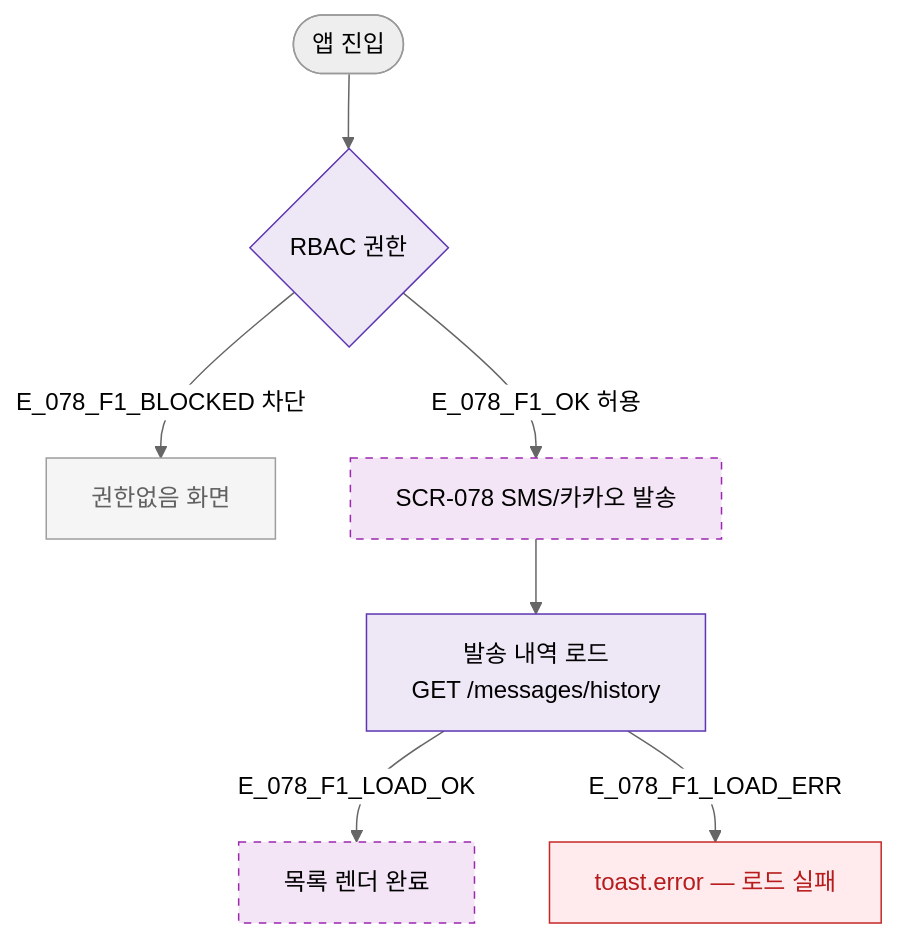
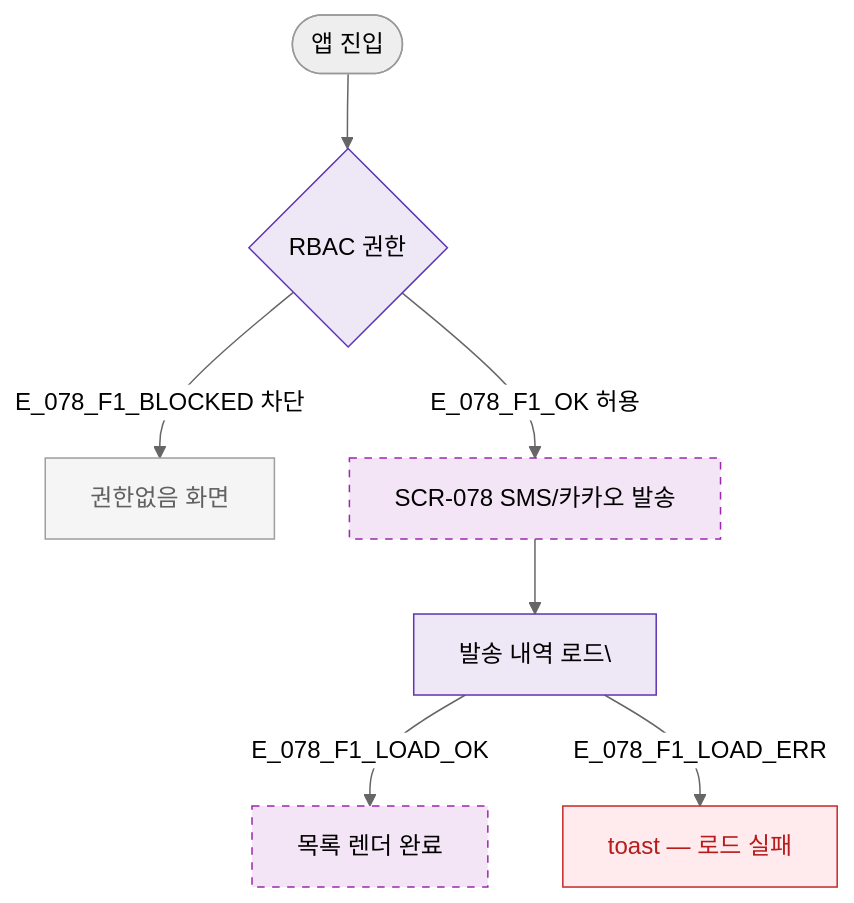
Before and after one commit to dev-spogym/admin-pando: the diagram in docs/다이어그램/D08_마케팅/SCR-078_SMS카카오발송/F1_진입플로우.md, drawn with Mermaid (neutral theme). The commit also changed other lines of this file and 1660 other files, not shown here.

First line of the commit message:
다이어그램: 기획자/클라이언트 납품본으로 정리

````diff
--- a/docs/다이어그램/D08_마케팅/SCR-078_SMS카카오발송/F1_진입플로우.md
+++ b/docs/다이어그램/D08_마케팅/SCR-078_SMS카카오발송/F1_진입플로우.md
@@ -14,20 +12,20 @@
 ```mermaid
 flowchart TD
   START([앱 진입]) --> AUTH{RBAC 권한}
-  AUTH -->|E_078_F1_BLOCKED 차단| BLOCKED[권한없음 화면]
-  AUTH -->|E_078_F1_OK 허용| SCR_078[SCR-078 SMS/카카오 발송]
+  AUTH -->|E_078_F1_BLOCKED 차단|BLOCKED[권한없음 화면]
+  AUTH -->|E_078_F1_OK 허용|SCR_078[SCR-078 SMS/카카오 발송]
 
-  SCR_078 --> LOAD[발송 내역 로드\nGET /messages/history]
-  LOAD -->|E_078_F1_LOAD_OK| READY[목록 렌더 완료]
-  LOAD -->|E_078_F1_LOAD_ERR| ERR[toast.error — 로드 실패]
+  SCR_078 --> LOAD[발송 내역 로드\]
+  LOAD -->|E_078_F1_LOAD_OK|READY[목록 렌더 완료]
+  LOAD -->|E_078_F1_LOAD_ERR|ERR[toast — 로드 실패]
 
-  classDef newFeature  fill:#F3E5F5,stroke:#9C27B0,stroke-dasharray:5 5
-  classDef error       fill:#FFEBEE,stroke:#C62828,color:#B71C1C
+  classDef newFeature fill:#F3E5F5,stroke:#9C27B0,stroke-dasharray:5 5
+  classDef error fill:#FFEBEE,stroke:#C62828,color:#B71C1C
   classDef rbacBlocked fill:#F5F5F5,stroke:#9E9E9E,color:#616161
-  classDef system      fill:#EDE7F6,stroke:#5E35B2
+  classDef system fill:#EDE7F6,stroke:#5E35B2
 
   class SCR_078,READY newFeature
   class BLOCKED rbacBlocked
   class ERR error
   class AUTH,LOAD system
 ```
````
